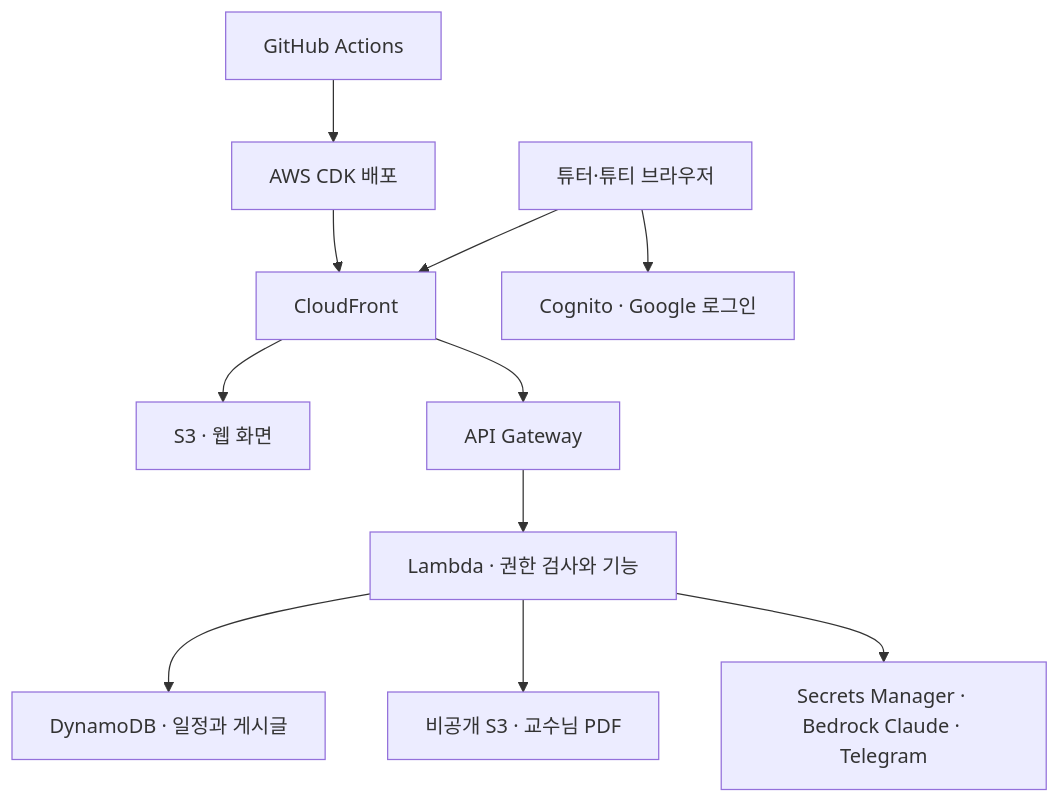
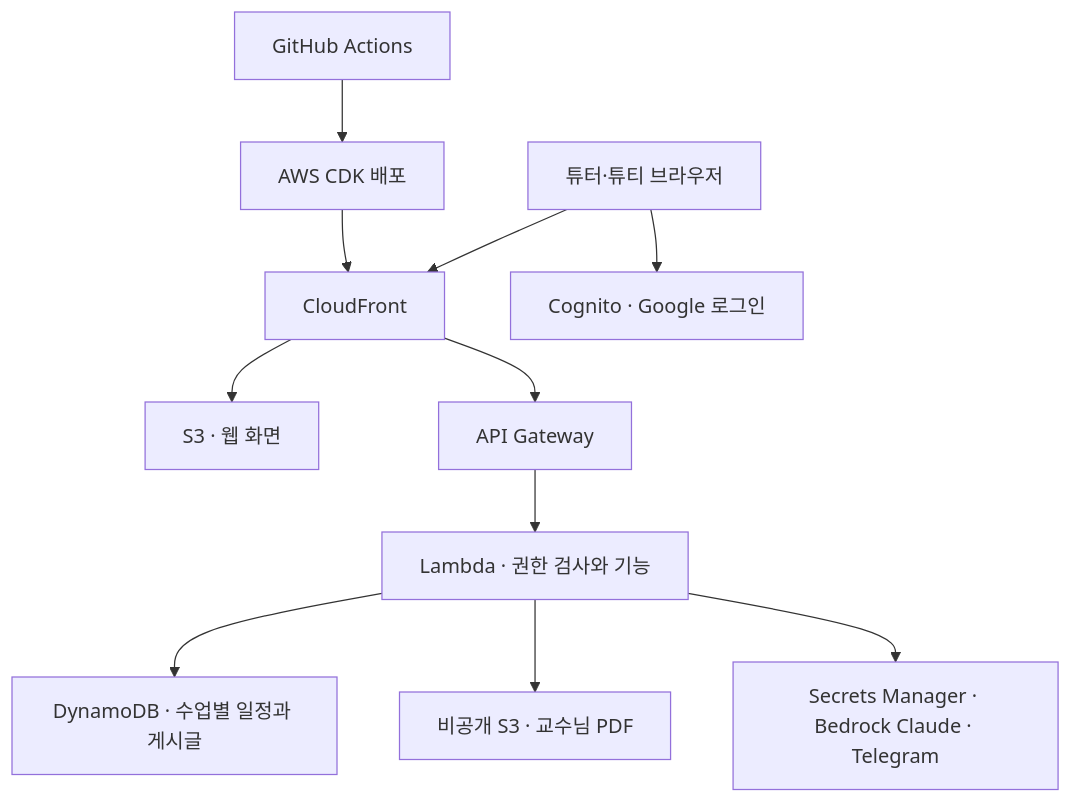
One commit to ryeong03/data-structures-tutoring changed the diagram in README.md. Above: the diagram before and after it, drawn with Mermaid. The commit also changed other lines of this file and 9 other files, not shown here.

````diff
--- a/README.md
+++ b/README.md
@@ -11,11 +11,11 @@
 ```mermaid
 flowchart TB
     GH[GitHub Actions] --> CDK[AWS CDK 배포] --> CF[CloudFront]
     U[튜터·튜티 브라우저] --> CF
     U --> C[Cognito · Google 로그인]
     CF --> WEB[S3 · 웹 화면]
     CF --> API[API Gateway] --> L[Lambda · 권한 검사와 기능]
-    L --> DB[DynamoDB · 일정과 게시글]
+    L --> DB[DynamoDB · 수업별 일정과 게시글]
     L --> FILE[비공개 S3 · 교수님 PDF]
     L --> EXT[Secrets Manager · Bedrock Claude · Telegram]
 ```
````
